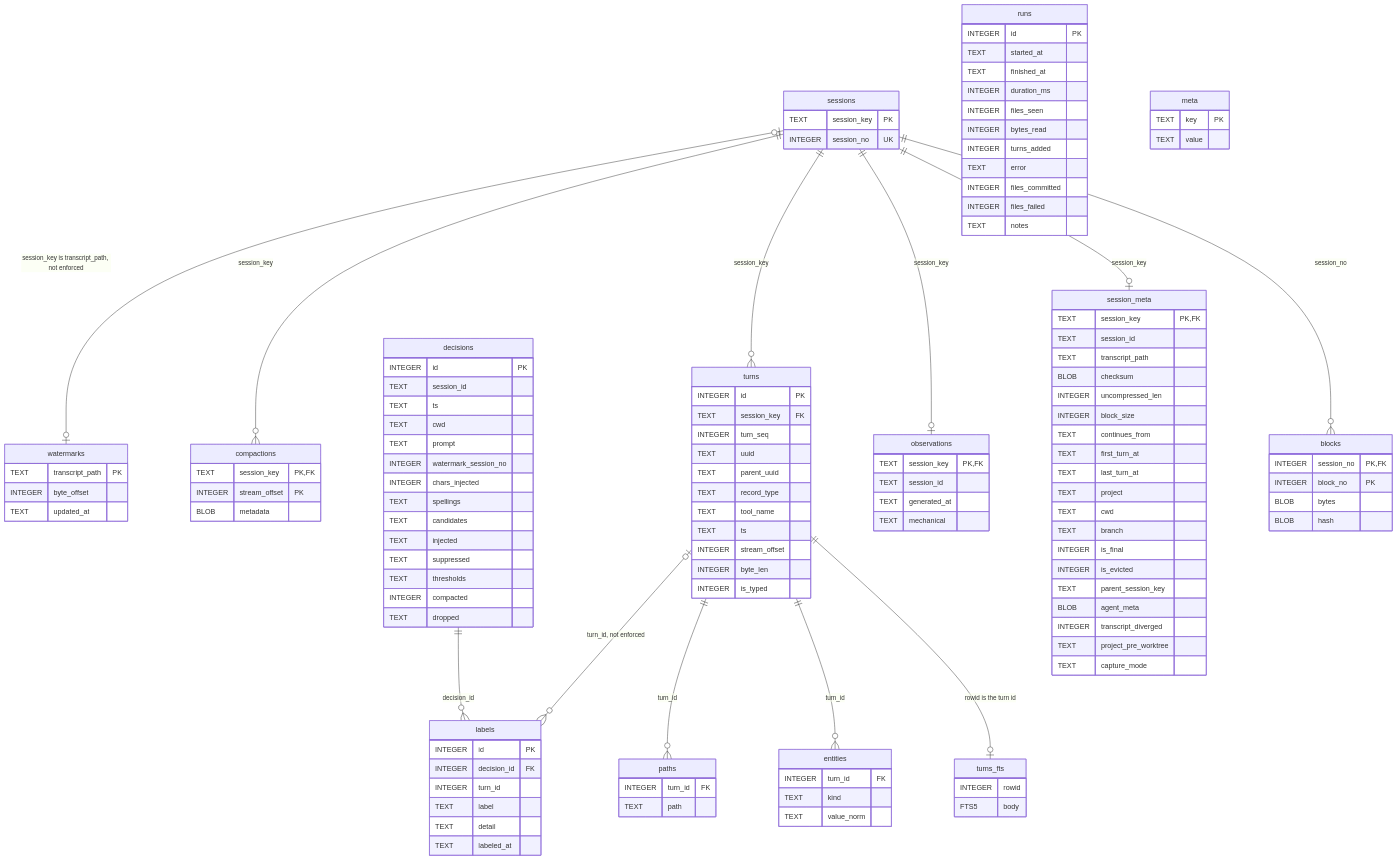
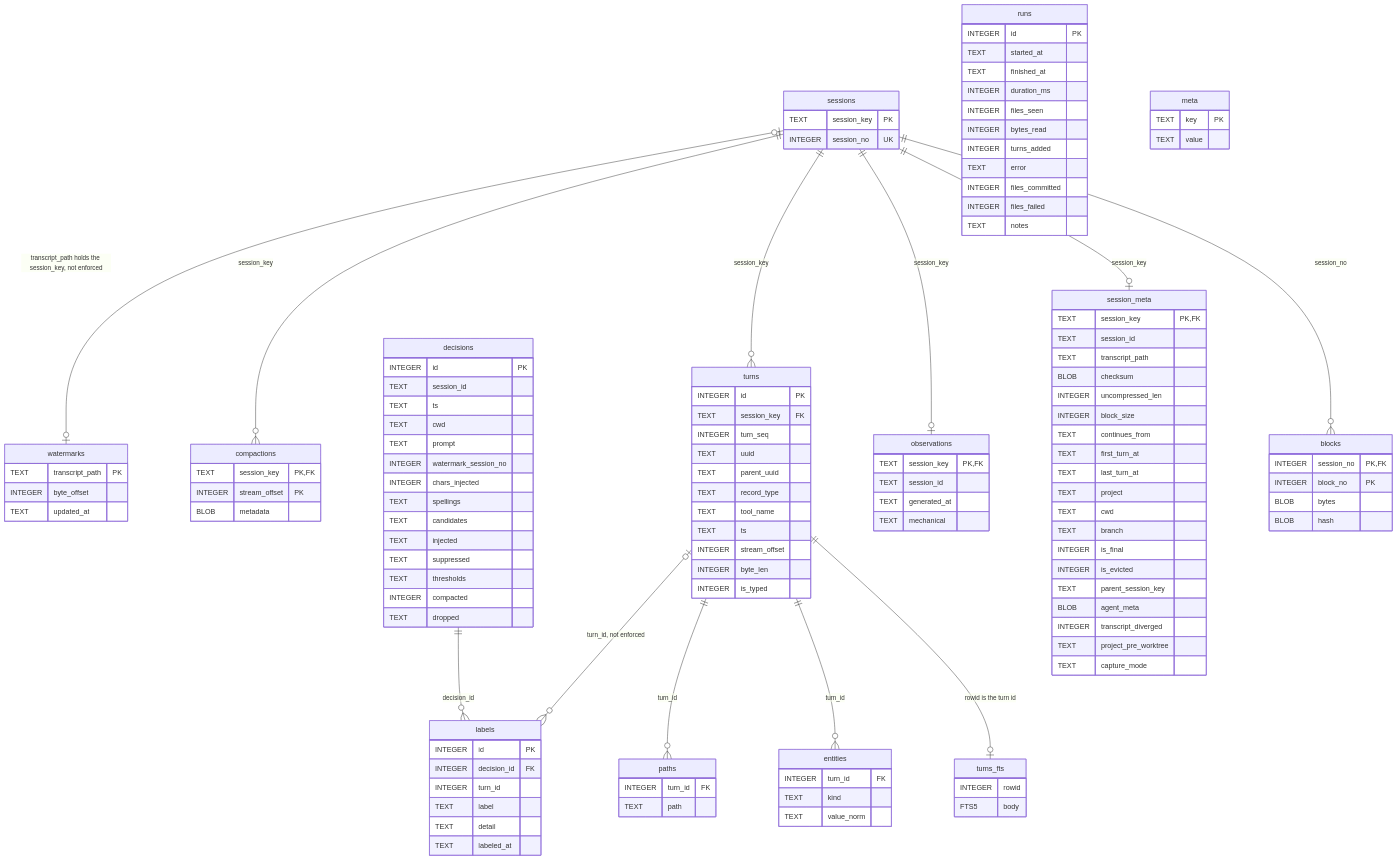
Before and after one commit to jcrenshaw-dev/terminus: the first of 3 diagrams in docs/design/0004-archive-and-block-rows.md, drawn with Mermaid. The commit also changed other lines of this file and 3 other files, not shown here.

Commit message:
docs(4-3): describe the session key as the path below projects, and the repair recovery makes

```diff
--- a/docs/design/0004-archive-and-block-rows.md
+++ b/docs/design/0004-archive-and-block-rows.md
@@ -414,7 +414,7 @@
   sessions ||--o| observations : "session_key"
   sessions ||--o{ turns : "session_key"
   sessions ||--o{ compactions : "session_key"
-  sessions |o--o| watermarks : "session_key is transcript_path, not enforced"
+  sessions |o--o| watermarks : "transcript_path holds the session_key, not enforced"
   turns ||--o| turns_fts : "rowid is the turn id"
   turns ||--o{ entities : "turn_id"
   turns ||--o{ paths : "turn_id"
```
